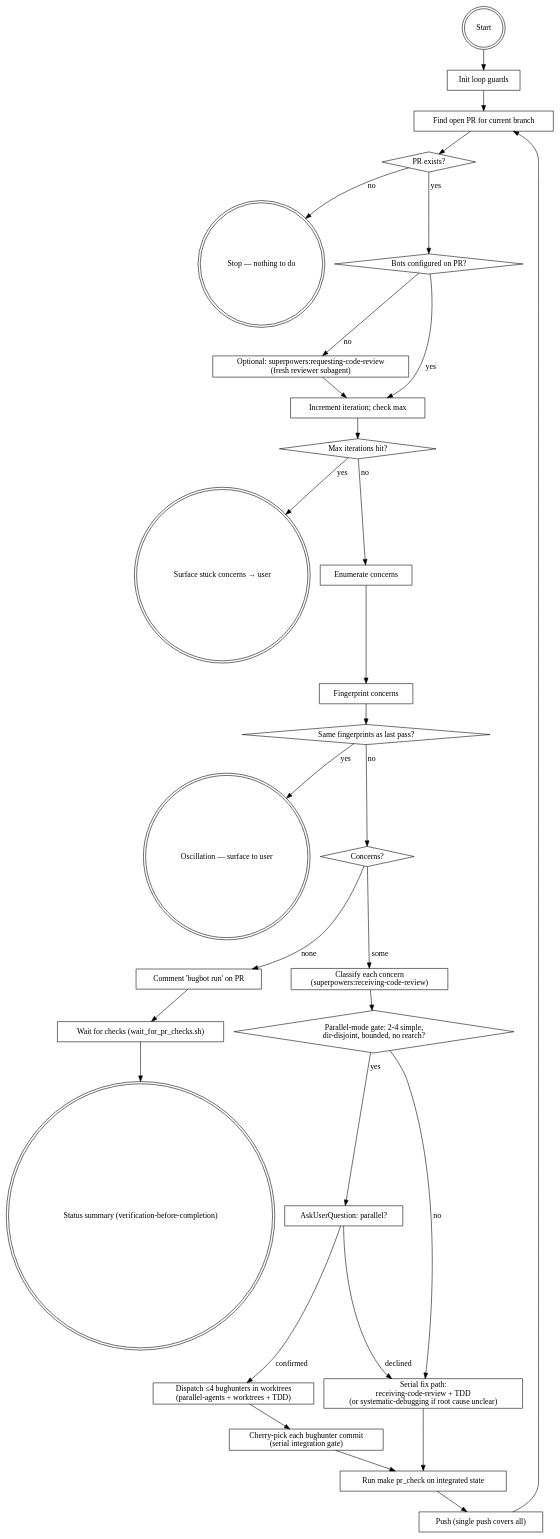
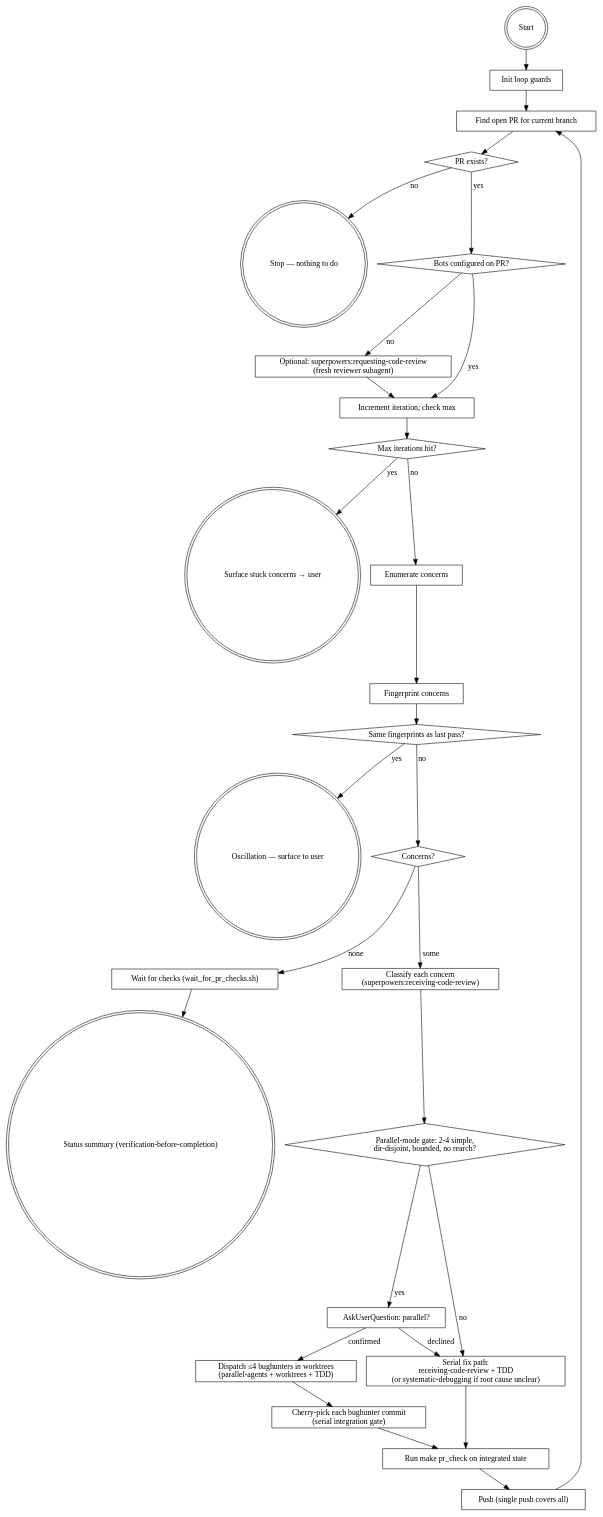
One commit to emigre459/ynab-mcp changed the diagram in .agents/skills/resolve-pr-concerns/SKILL.md. Above: the diagram before and after it, drawn with Graphviz. The commit also changed other lines of this file and 6 other files, not shown here.

````diff
--- a/.agents/skills/resolve-pr-concerns/SKILL.md
+++ b/.agents/skills/resolve-pr-concerns/SKILL.md
@@ -59,57 +59,56 @@
 ```dot
 digraph resolve_pr_concerns {
     rankdir=TB;
     "Start" [shape=doublecircle];
     "Init loop guards" [shape=box];
     "Find open PR for current branch" [shape=box];
     "PR exists?" [shape=diamond];
     "Stop — nothing to do" [shape=doublecircle];
     "Bots configured on PR?" [shape=diamond];
     "Optional: superpowers:requesting-code-review\n(fresh reviewer subagent)" [shape=box];
     "Increment iteration; check max" [shape=box];
     "Max iterations hit?" [shape=diamond];
     "Surface stuck concerns → user" [shape=doublecircle];
     "Enumerate concerns" [shape=box];
     "Fingerprint concerns" [shape=box];
     "Same fingerprints as last pass?" [shape=diamond];
     "Oscillation — surface to user" [shape=doublecircle];
     "Concerns?" [shape=diamond];
-    "Comment 'bugbot run' on PR" [shape=box];
     "Wait for checks (wait_for_pr_checks.sh)" [shape=box];
     "Status summary (verification-before-completion)" [shape=doublecircle];
     "Classify each concern\n(superpowers:receiving-code-review)" [shape=box];
     "Parallel-mode gate: 2-4 simple,\ndir-disjoint, bounded, no rearch?" [shape=diamond];
     "AskUserQuestion: parallel?" [shape=box];
     "Dispatch ≤4 bughunters in worktrees\n(parallel-agents + worktrees + TDD)" [shape=box];
     "Cherry-pick each bughunter commit\n(serial integration gate)" [shape=box];
     "Serial fix path:\nreceiving-code-review + TDD\n(or systematic-debugging if root cause unclear)" [shape=box];
     "Run make pr_check on integrated state" [shape=box];
     "Push (single push covers all)" [shape=box];
 
     "Start" -> "Init loop guards" -> "Find open PR for current branch" -> "PR exists?";
     "PR exists?" -> "Stop — nothing to do" [label="no"];
     "PR exists?" -> "Bots configured on PR?" [label="yes"];
     "Bots configured on PR?" -> "Optional: superpowers:requesting-code-review\n(fresh reviewer subagent)" [label="no"];
     "Bots configured on PR?" -> "Increment iteration; check max" [label="yes"];
     "Optional: superpowers:requesting-code-review\n(fresh reviewer subagent)" -> "Increment iteration; check max";
     "Increment iteration; check max" -> "Max iterations hit?";
     "Max iterations hit?" -> "Surface stuck concerns → user" [label="yes"];
     "Max iterations hit?" -> "Enumerate concerns" [label="no"];
     "Enumerate concerns" -> "Fingerprint concerns" -> "Same fingerprints as last pass?";
     "Same fingerprints as last pass?" -> "Oscillation — surface to user" [label="yes"];
     "Same fingerprints as last pass?" -> "Concerns?" [label="no"];
-    "Concerns?" -> "Comment 'bugbot run' on PR" [label="none"];
-    "Comment 'bugbot run' on PR" -> "Wait for checks (wait_for_pr_checks.sh)" -> "Status summary (verification-before-completion)";
+    "Concerns?" -> "Wait for checks (wait_for_pr_checks.sh)" [label="none"];
+    "Wait for checks (wait_for_pr_checks.sh)" -> "Status summary (verification-before-completion)";
     "Concerns?" -> "Classify each concern\n(superpowers:receiving-code-review)" [label="some"];
     "Classify each concern\n(superpowers:receiving-code-review)" -> "Parallel-mode gate: 2-4 simple,\ndir-disjoint, bounded, no rearch?";
     "Parallel-mode gate: 2-4 simple,\ndir-disjoint, bounded, no rearch?" -> "AskUserQuestion: parallel?" [label="yes"];
     "Parallel-mode gate: 2-4 simple,\ndir-disjoint, bounded, no rearch?" -> "Serial fix path:\nreceiving-code-review + TDD\n(or systematic-debugging if root cause unclear)" [label="no"];
     "AskUserQuestion: parallel?" -> "Dispatch ≤4 bughunters in worktrees\n(parallel-agents + worktrees + TDD)" [label="confirmed"];
     "AskUserQuestion: parallel?" -> "Serial fix path:\nreceiving-code-review + TDD\n(or systematic-debugging if root cause unclear)" [label="declined"];
     "Dispatch ≤4 bughunters in worktrees\n(parallel-agents + worktrees + TDD)" -> "Cherry-pick each bughunter commit\n(serial integration gate)";
     "Cherry-pick each bughunter commit\n(serial integration gate)" -> "Run make pr_check on integrated state";
     "Serial fix path:\nreceiving-code-review + TDD\n(or systematic-debugging if root cause unclear)" -> "Run make pr_check on integrated state";
     "Run make pr_check on integrated state" -> "Push (single push covers all)";
     "Push (single push covers all)" -> "Find open PR for current branch";
 }
 ```
````
